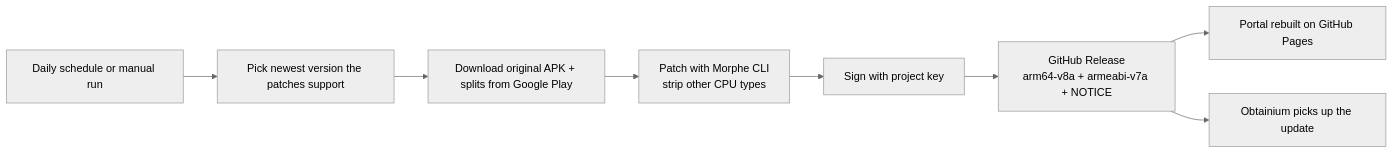
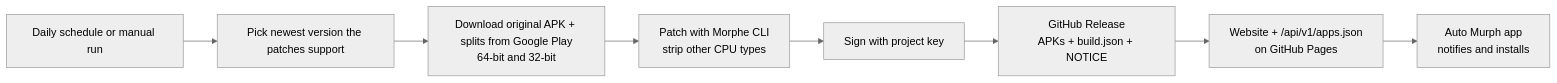
The diagram in README.md (iamwaqargulzar/auto-morphe-apk-builds), drawn with Mermaid (neutral theme) before and after one commit. The commit also changed other lines of this file and 11 other files, not shown here.

First line of the commit message:
Reddit login helper (2024.02.0), Auto Murph 1.0.1 with helper support, new README

````diff
--- a/README.md
+++ b/README.md
@@ -128,10 +156,10 @@
 ```mermaid
 flowchart LR
   A[Daily schedule or manual run] --> B[Pick newest version the patches support]
-  B --> C[Download original APK + splits from Google Play]
+  B --> C[Download original APK + splits from Google Play<br/>64-bit and 32-bit]
   C --> D[Patch with Morphe CLI<br/>strip other CPU types]
   D --> E[Sign with project key]
-  E --> F[GitHub Release<br/>arm64-v8a + armeabi-v7a + NOTICE]
-  F --> G[Portal rebuilt on GitHub Pages]
-  F --> H[Obtainium picks up the update]
+  E --> F[GitHub Release<br/>APKs + build.json + NOTICE]
+  F --> G[Website + /api/v1/apps.json<br/>on GitHub Pages]
+  G --> H[Auto Murph app<br/>notifies and installs]
 ```
````
